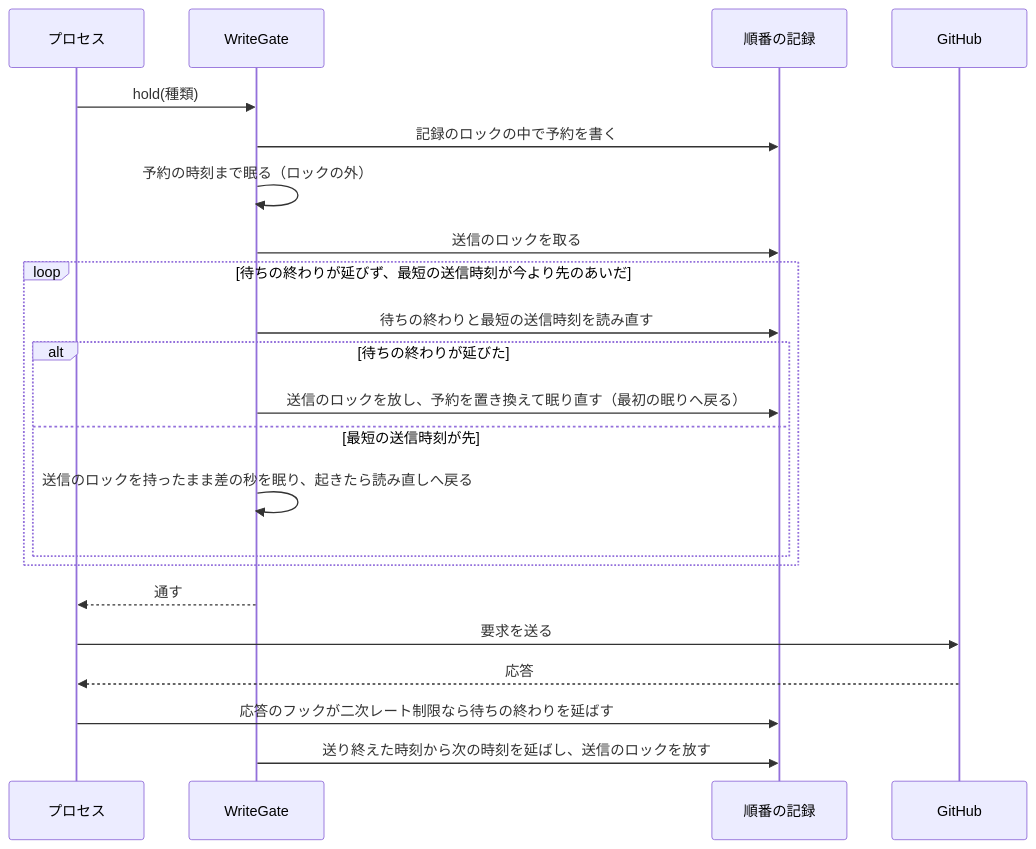
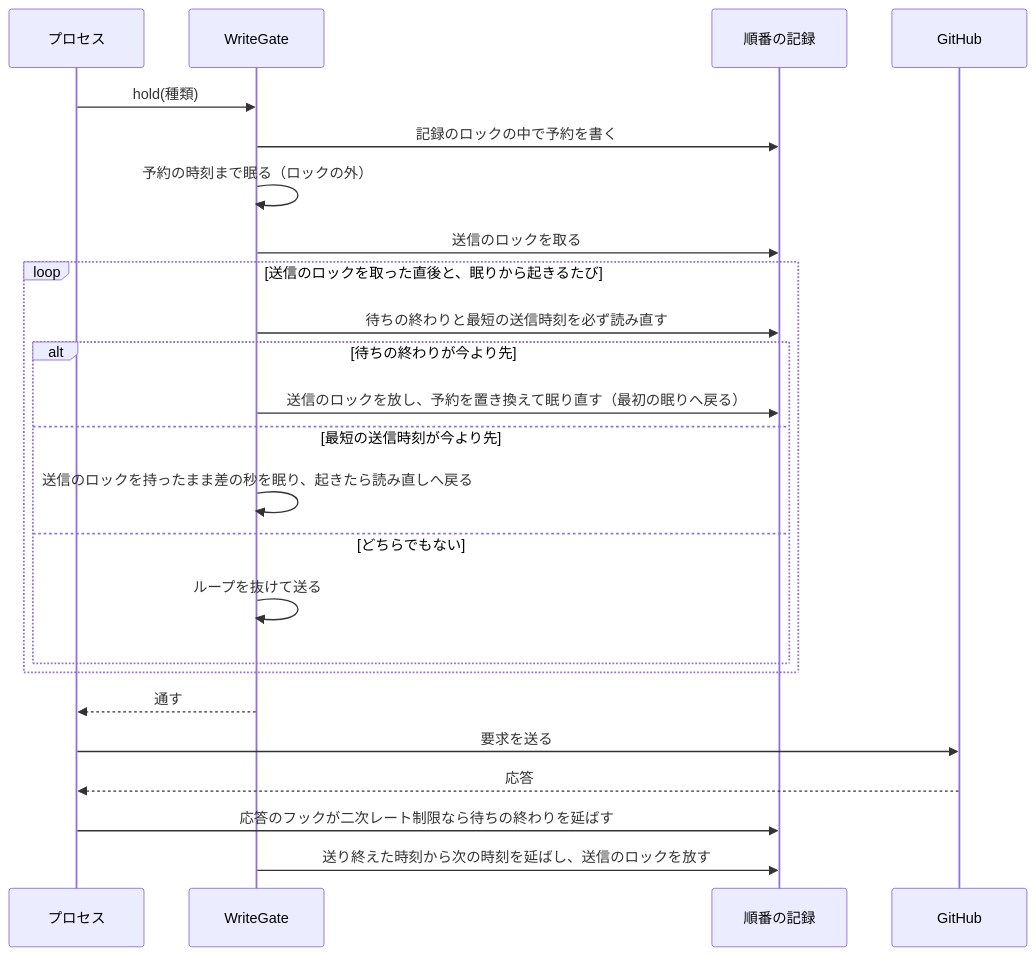
The diagram in docs/specifications/ndf-github-write-gate.md (devbasex/ai-plugins), drawn with Mermaid before and after one commit. The commit also changed other lines of this file, not shown here.

First line of the commit message:
docs(write-gate): 送信の図の読み直し・作成者の照合・記録のコメントの打ち直しを実装に合わせる

````diff
--- a/docs/specifications/ndf-github-write-gate.md
+++ b/docs/specifications/ndf-github-write-gate.md
@@ -162,24 +162,26 @@
 ```mermaid
 sequenceDiagram
   participant P as プロセス
   participant G as WriteGate
   participant F as 順番の記録
   participant H as GitHub
   P->>G: hold(種類)
   G->>F: 記録のロックの中で予約を書く
   G->>G: 予約の時刻まで眠る（ロックの外）
   G->>F: 送信のロックを取る
-  loop 待ちの終わりが延びず、最短の送信時刻が今より先のあいだ
-    G->>F: 待ちの終わりと最短の送信時刻を読み直す
-    alt 待ちの終わりが延びた
+  loop 送信のロックを取った直後と、眠りから起きるたび
+    G->>F: 待ちの終わりと最短の送信時刻を必ず読み直す
+    alt 待ちの終わりが今より先
       G->>F: 送信のロックを放し、予約を置き換えて眠り直す（最初の眠りへ戻る）
-    else 最短の送信時刻が先
+    else 最短の送信時刻が今より先
       G->>G: 送信のロックを持ったまま差の秒を眠り、起きたら読み直しへ戻る
+    else どちらでもない
+      G->>G: ループを抜けて送る
     end
   end
   G-->>P: 通す
   P->>H: 要求を送る
   H-->>P: 応答
   P->>F: 応答のフックが二次レート制限なら待ちの終わりを延ばす
   G->>F: 送り終えた時刻から次の時刻を延ばし、送信のロックを放す
 ```
````
